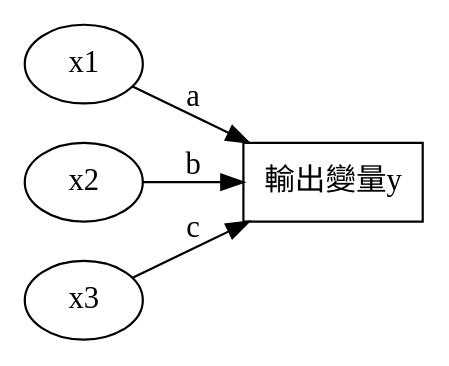
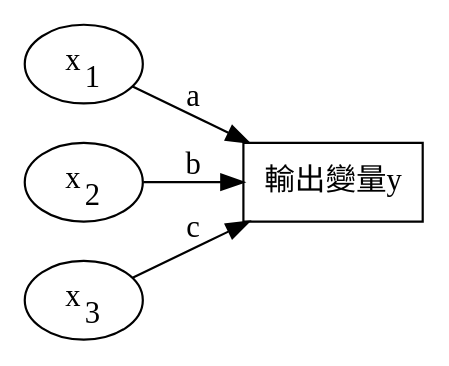
One commit to letranger/AI changed the fourth of 5 diagrams in 20221023154410-regression.org. Above: the diagram before and after it, drawn with Graphviz. The commit also changed other lines of this file and 27 other files, not shown here.

```diff
--- a/20221023154410-regression.org
+++ b/20221023154410-regression.org
@@ -141,12 +173,12 @@
-#+BEGIN_SRC dot :file ./images/regvsm3.png :cmdline -Kdot -Tpng
+#+BEGIN_SRC dot :file ./images/regvsm3.png :cmdline -Kdot -Tpng :results none
 digraph perceptron {
   rankdir=LR
-  x1 [label="x1"]
-  x2 [label="x2"]
-  x3 [label="x3"]
+  x1 [label=<x<SUB>1</SUB>>]
+  x2 [label=<x<SUB>2</SUB>>]
+  x3 [label=<x<SUB>3</SUB>>]
   output [label="輸出變量y" shape="record"]
   x1 -> output [label="a"]
   x2 -> output [label="b"]
   x3 -> output [label="c"]
 }
 #+END_SRC
```
